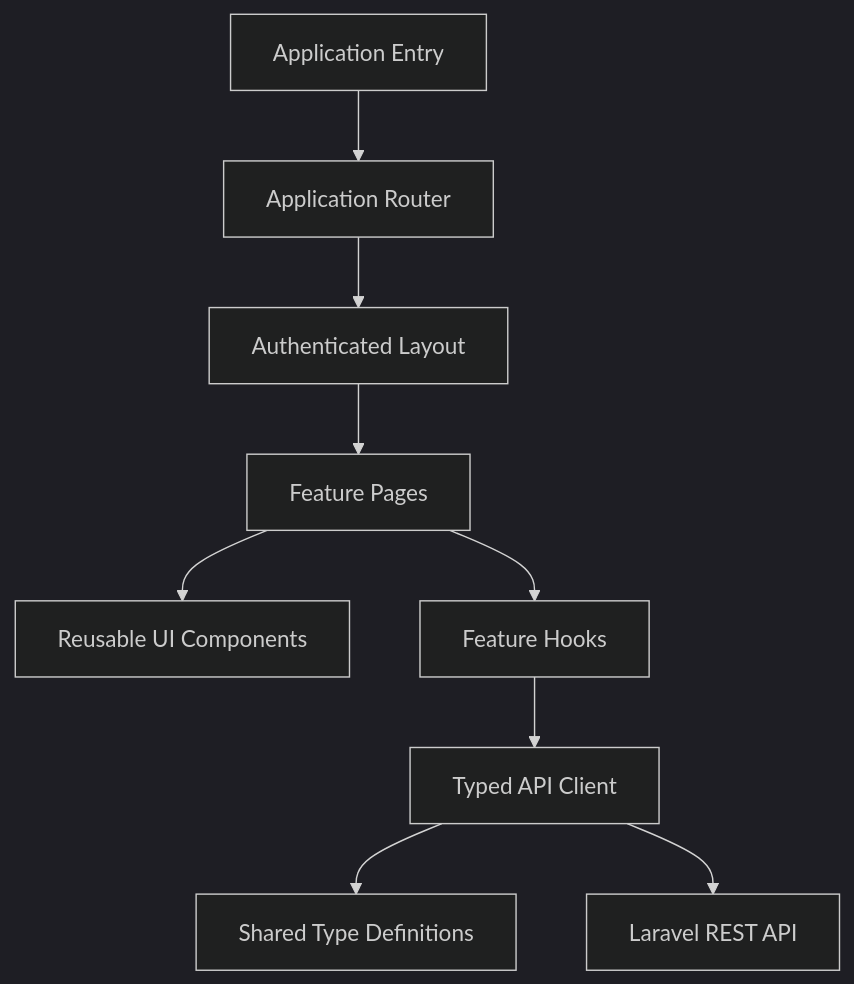
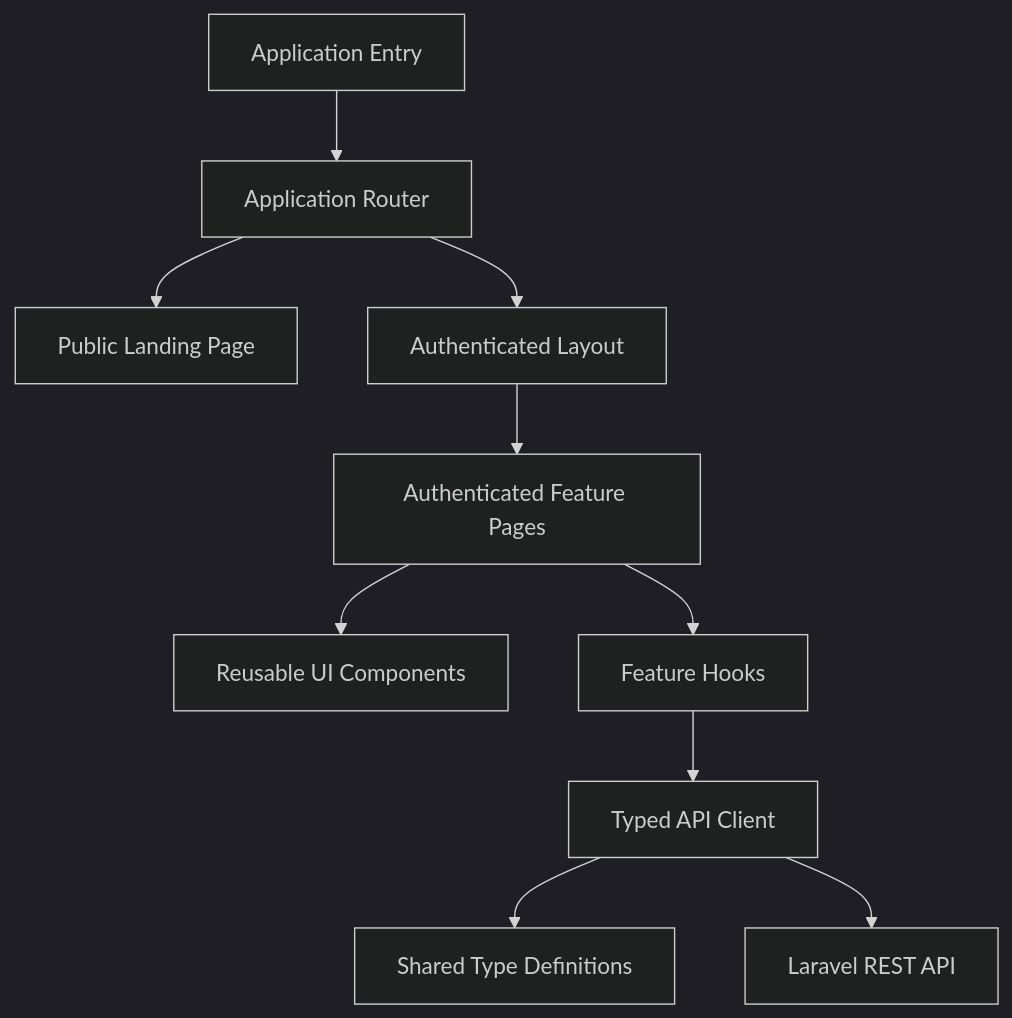
Before and after one commit to nasywariqa/sim-policy: the fourth of 9 diagrams in ARCHITECTURE.md, drawn with Mermaid (dark theme). The commit also changed other lines of this file and 3 other files, not shown here.

````diff
--- a/ARCHITECTURE.md
+++ b/ARCHITECTURE.md
@@ -465,21 +499,23 @@
 ``` mermaid
 flowchart TB
     APP[Application Entry]
     ROUTER[Application Router]
+    PUBLIC[Public Landing Page]
     LAYOUT[Authenticated Layout]
-    PAGES[Feature Pages]
+    PAGES[Authenticated Feature Pages]
     COMPONENTS[Reusable UI Components]
     HOOKS[Feature Hooks]
     API[Typed API Client]
     TYPES[Shared Type Definitions]
     BACKEND[Laravel REST API]
 
     APP --> ROUTER
+    ROUTER --> PUBLIC
     ROUTER --> LAYOUT
     LAYOUT --> PAGES
     PAGES --> COMPONENTS
     PAGES --> HOOKS
     HOOKS --> API
     API --> TYPES
     API --> BACKEND
 ```
````
